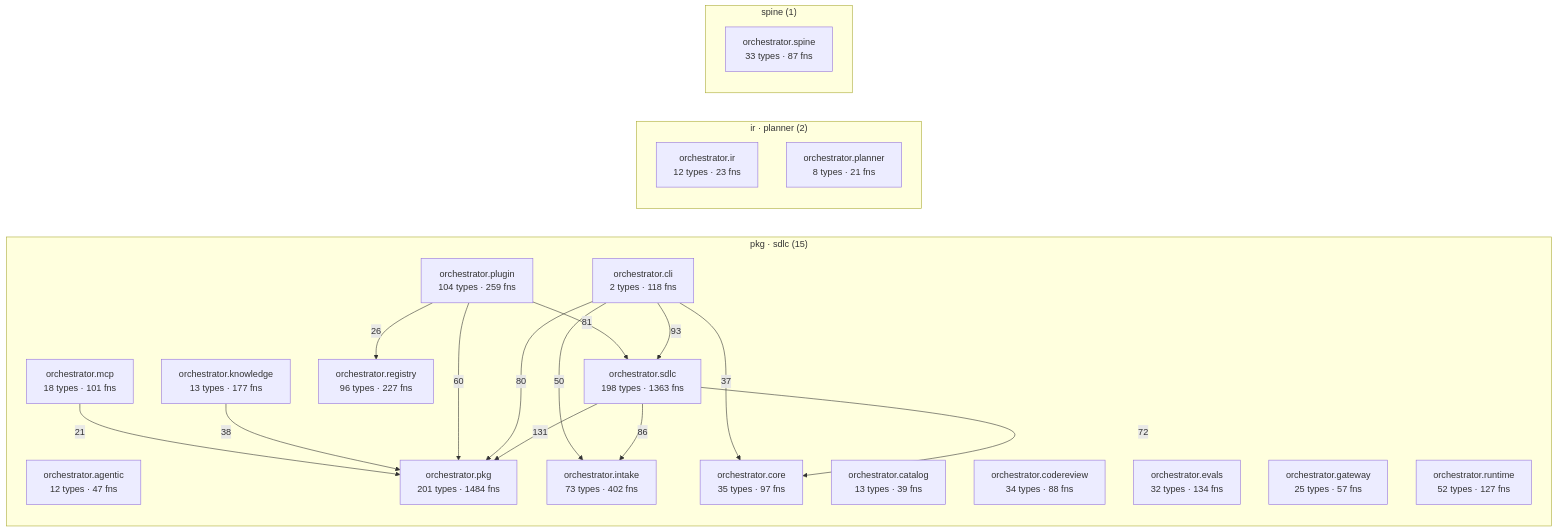
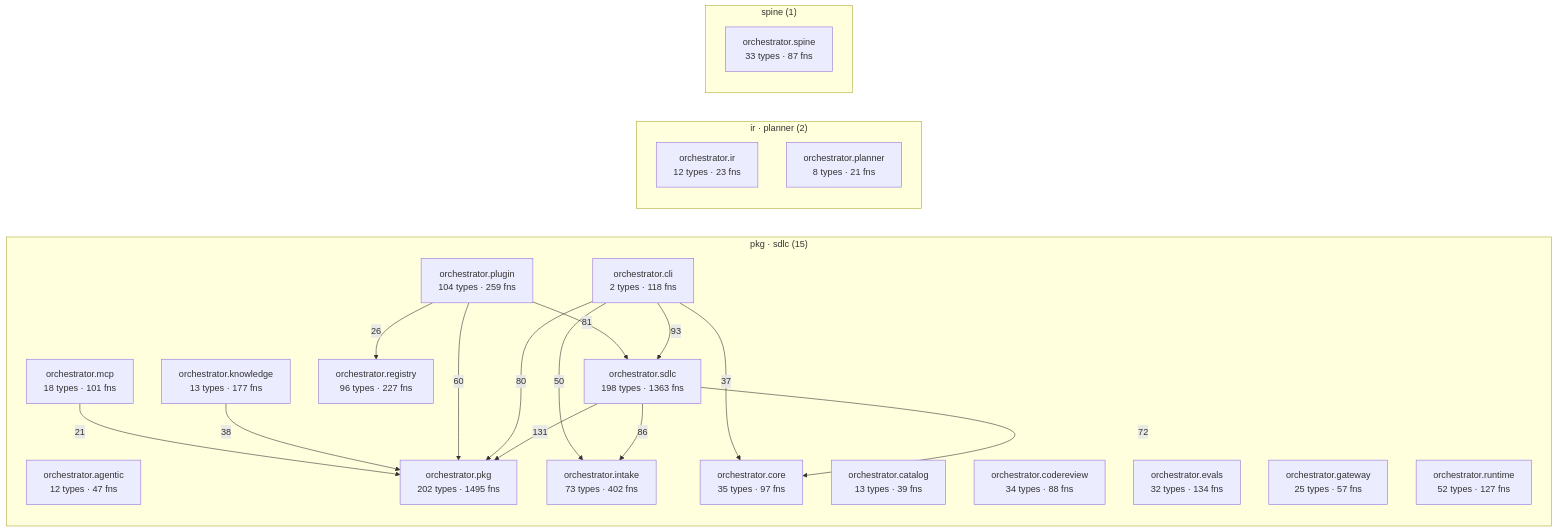
One commit to synaptixs/spine changed the diagram in episteme/architecture.md. Above: the diagram before and after it, drawn with Mermaid. The commit also changed other lines of this file and 8 other files, not shown here.

````diff
--- a/episteme/architecture.md
+++ b/episteme/architecture.md
@@ -56,39 +56,39 @@
 ```mermaid
 flowchart LR
   subgraph c_2["pkg · sdlc (15)"]
     aorchestratoragentic["orchestrator.agentic<br/>12 types · 47 fns"]
     aorchestratorcatalog["orchestrator.catalog<br/>13 types · 39 fns"]
     aorchestratorcli["orchestrator.cli<br/>2 types · 118 fns"]
     aorchestratorcodereview["orchestrator.codereview<br/>34 types · 88 fns"]
     aorchestratorcore["orchestrator.core<br/>35 types · 97 fns"]
     aorchestratorevals["orchestrator.evals<br/>32 types · 134 fns"]
     aorchestratorgateway["orchestrator.gateway<br/>25 types · 57 fns"]
     aorchestratorintake["orchestrator.intake<br/>73 types · 402 fns"]
     aorchestratorknowledge["orchestrator.knowledge<br/>13 types · 177 fns"]
     aorchestratormcp["orchestrator.mcp<br/>18 types · 101 fns"]
-    aorchestratorpkg["orchestrator.pkg<br/>201 types · 1484 fns"]
+    aorchestratorpkg["orchestrator.pkg<br/>202 types · 1495 fns"]
     aorchestratorplugin["orchestrator.plugin<br/>104 types · 259 fns"]
     aorchestratorregistry["orchestrator.registry<br/>96 types · 227 fns"]
     aorchestratorruntime["orchestrator.runtime<br/>52 types · 127 fns"]
     aorchestratorsdlc["orchestrator.sdlc<br/>198 types · 1363 fns"]
   end
   subgraph c_6["ir · planner (2)"]
     aorchestratorir["orchestrator.ir<br/>12 types · 23 fns"]
     aorchestratorplanner["orchestrator.planner<br/>8 types · 21 fns"]
   end
   subgraph c_12["spine (1)"]
     aorchestratorspine["orchestrator.spine<br/>33 types · 87 fns"]
   end
   aorchestratorsdlc -->|131| aorchestratorpkg
   aorchestratorcli -->|93| aorchestratorsdlc
   aorchestratorsdlc -->|86| aorchestratorintake
   aorchestratorplugin -->|81| aorchestratorsdlc
   aorchestratorcli -->|80| aorchestratorpkg
   aorchestratorsdlc -->|72| aorchestratorcore
   aorchestratorplugin -->|60| aorchestratorpkg
   aorchestratorcli -->|50| aorchestratorintake
   aorchestratorknowledge -->|38| aorchestratorpkg
   aorchestratorcli -->|37| aorchestratorcore
   aorchestratorplugin -->|26| aorchestratorregistry
   aorchestratormcp -->|21| aorchestratorpkg
 ```
````
